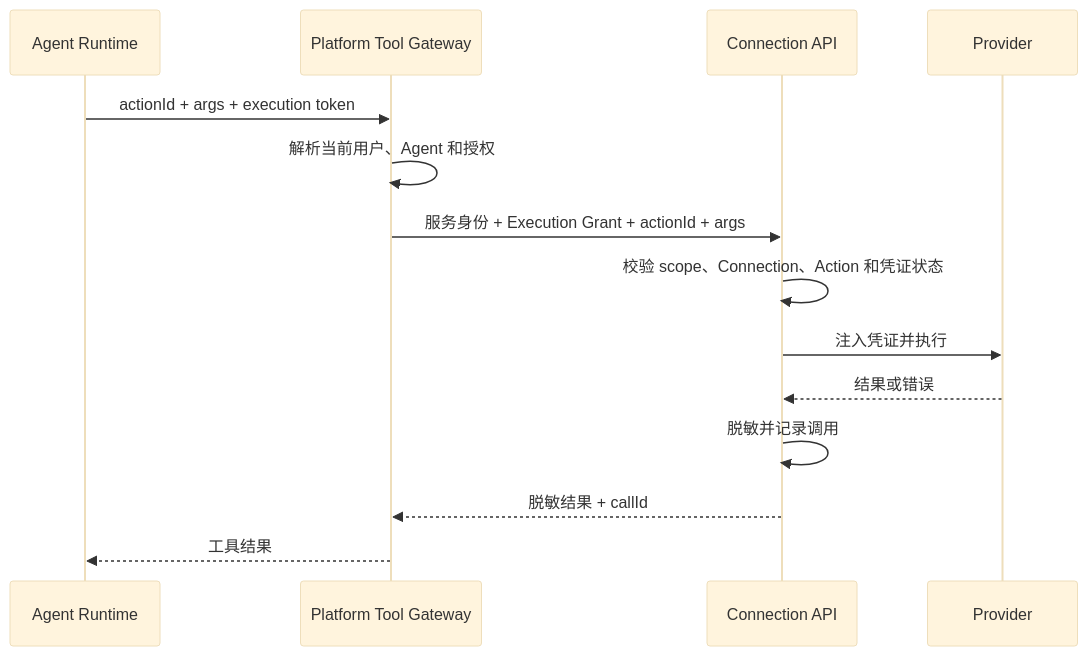
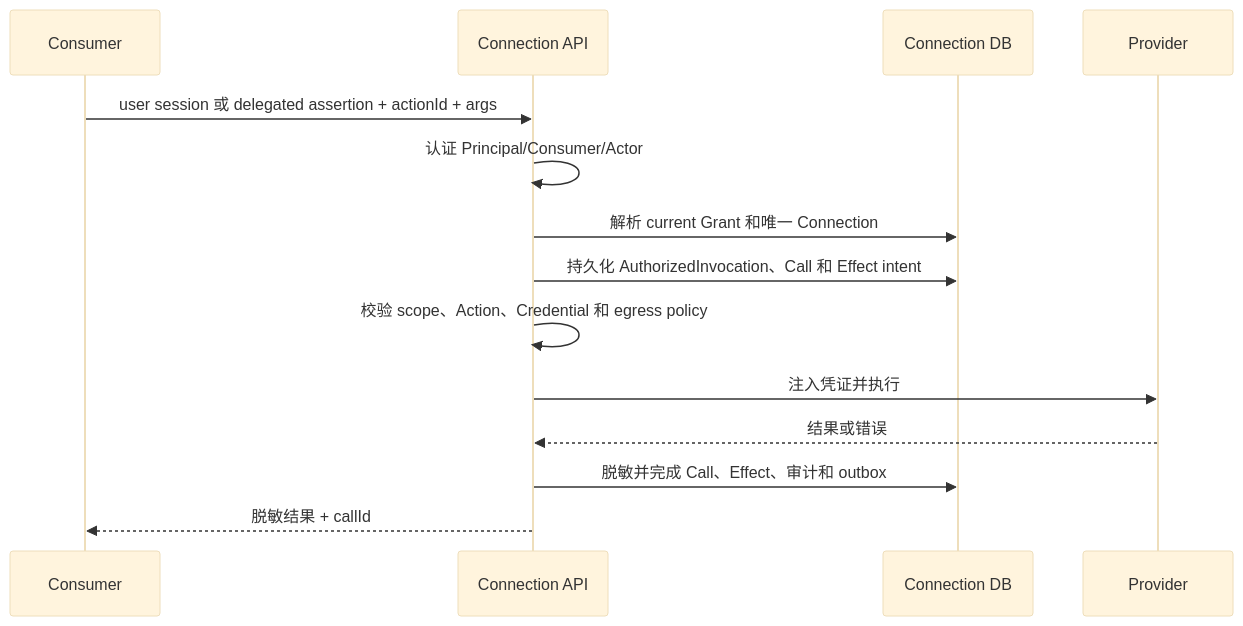
One commit to AgoraIO-Extensions/agent-infra changed the third of 3 diagrams in docs/architecture/SPEC-agent-infra-M1-engineering-architecture.md. Above: the diagram before and after it, drawn with Mermaid (base theme). The commit also changed other lines of this file and 3 other files, not shown here.

Commit message:
docs: decouple Connection M1 architecture

````diff
--- a/docs/architecture/SPEC-agent-infra-M1-engineering-architecture.md
+++ b/docs/architecture/SPEC-agent-infra-M1-engineering-architecture.md
@@ -475,17 +480,17 @@
 ```mermaid
 sequenceDiagram
-    participant A as Agent Runtime
-    participant P as Platform Tool Gateway
+    participant P as Consumer
     participant C as Connection API
+    participant D as Connection DB
     participant X as Provider
 
-    A->>P: actionId + args + execution token
-    P->>P: 解析当前用户、Agent 和授权
-    P->>C: 服务身份 + Execution Grant + actionId + args
-    C->>C: 校验 scope、Connection、Action 和凭证状态
+    P->>C: user session 或 delegated assertion + actionId + args
+    C->>C: 认证 Principal/Consumer/Actor
+    C->>D: 解析 current Grant 和唯一 Connection
+    C->>D: 持久化 AuthorizedInvocation、Call 和 Effect intent
+    C->>C: 校验 scope、Action、Credential 和 egress policy
     C->>X: 注入凭证并执行
     X-->>C: 结果或错误
-    C->>C: 脱敏并记录调用
+    C->>D: 脱敏并完成 Call、Effect、审计和 outbox
     C-->>P: 脱敏结果 + callId
-    P-->>A: 工具结果
 ```
````
